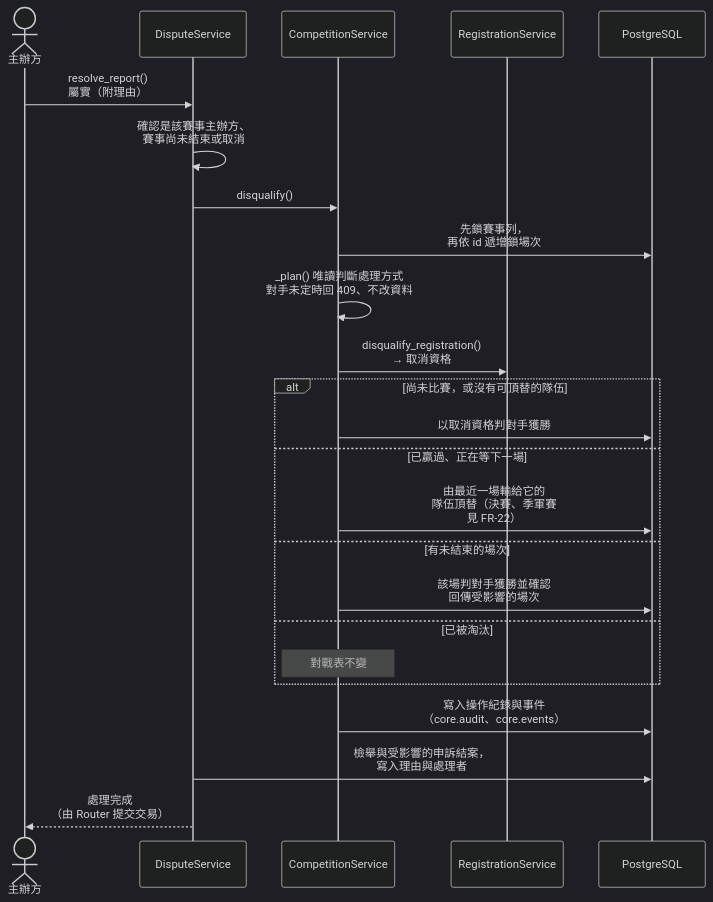
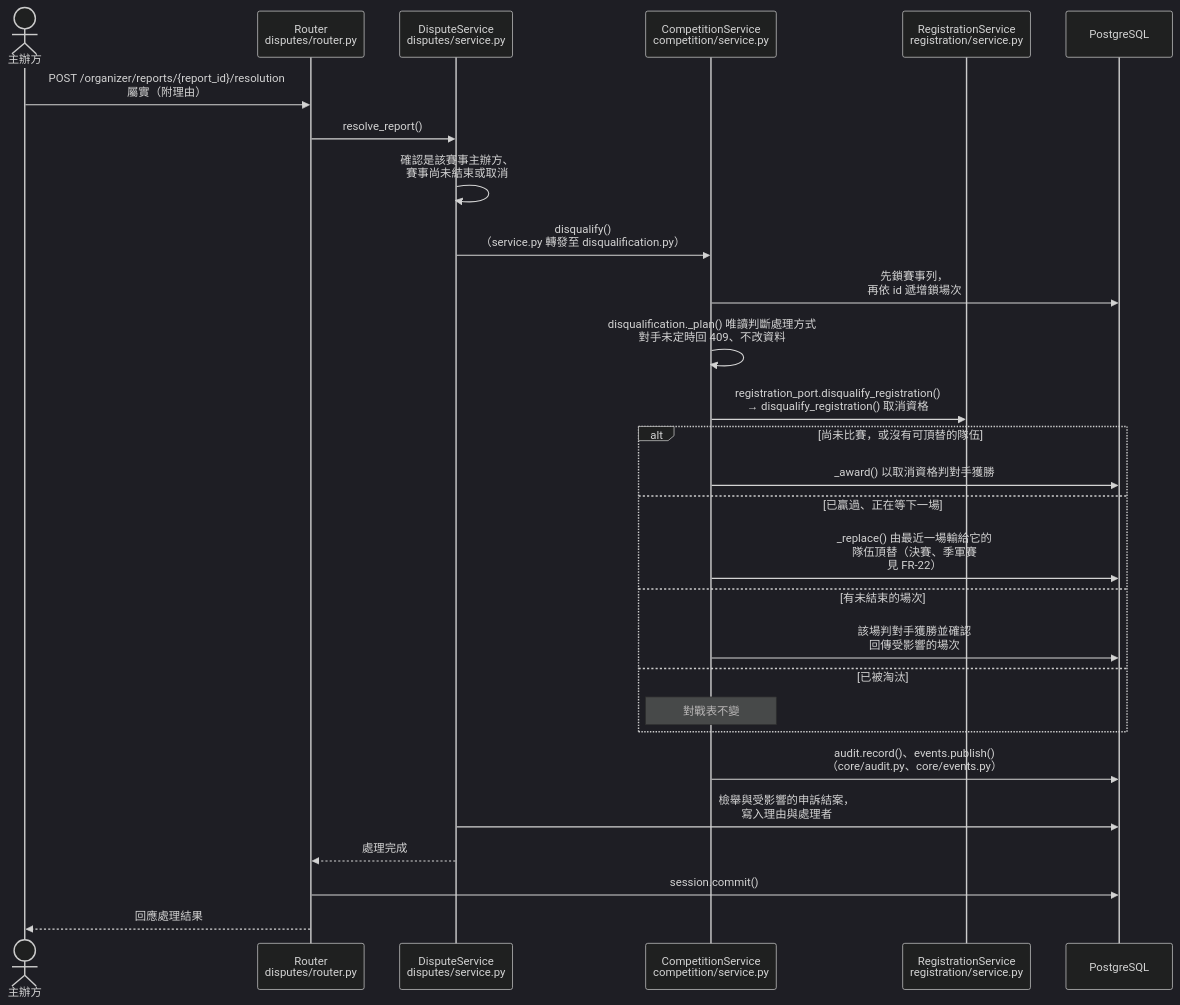
Diagram 15 of 15 in docs/midterm/D-物件設計文件.md (Team14good/esport-platform), drawn with Mermaid (dark theme) before and after one commit. The commit also changed other lines of this file and 27 other files, not shown here.

First line of the commit message:
docs: B、C、D 其餘的圖全部對照程式標註 (#92)

````diff
--- a/docs/midterm/D-物件設計文件.md
+++ b/docs/midterm/D-物件設計文件.md
@@ -801,26 +855,30 @@
 ```mermaid
 sequenceDiagram
   actor Org as 主辦方
-  participant D as DisputeService
-  participant C as CompetitionService
-  participant RS as RegistrationService
+  participant R as Router<br/>disputes/router.py
+  participant D as DisputeService<br/>disputes/service.py
+  participant C as CompetitionService<br/>competition/service.py
+  participant RS as RegistrationService<br/>registration/service.py
   participant DB as PostgreSQL
-  Org->>D: resolve_report()<br/>屬實（附理由）
+  Org->>R: POST /organizer/reports/{report_id}/resolution<br/>屬實（附理由）
+  R->>D: resolve_report()
   D->>D: 確認是該賽事主辦方、<br/>賽事尚未結束或取消
-  D->>C: disqualify()
+  D->>C: disqualify()<br/>（service.py 轉發至 disqualification.py）
   C->>DB: 先鎖賽事列，<br/>再依 id 遞增鎖場次
-  C->>C: _plan() 唯讀判斷處理方式<br/>對手未定時回 409、不改資料
-  C->>RS: disqualify_registration()<br/>→ 取消資格
+  C->>C: disqualification._plan() 唯讀判斷處理方式<br/>對手未定時回 409、不改資料
+  C->>RS: registration_port.disqualify_registration()<br/>→ disqualify_registration() 取消資格
   alt 尚未比賽，或沒有可頂替的隊伍
-    C->>DB: 以取消資格判對手獲勝
+    C->>DB: _award() 以取消資格判對手獲勝
   else 已贏過、正在等下一場
-    C->>DB: 由最近一場輸給它的<br/>隊伍頂替（決賽、季軍賽<br/>見 FR-22）
+    C->>DB: _replace() 由最近一場輸給它的<br/>隊伍頂替（決賽、季軍賽<br/>見 FR-22）
   else 有未結束的場次
     C->>DB: 該場判對手獲勝並確認<br/>回傳受影響的場次
   else 已被淘汰
     Note over C: 對戰表不變
   end
-  C->>DB: 寫入操作紀錄與事件<br/>（core.audit、core.events）
+  C->>DB: audit.record()、events.publish()<br/>（core/audit.py、core/events.py）
   D->>DB: 檢舉與受影響的申訴結案，<br/>寫入理由與處理者
-  D-->>Org: 處理完成<br/>（由 Router 提交交易）
+  D-->>R: 處理完成
+  R->>DB: session.commit()
+  R-->>Org: 回應處理結果
 ```
````
